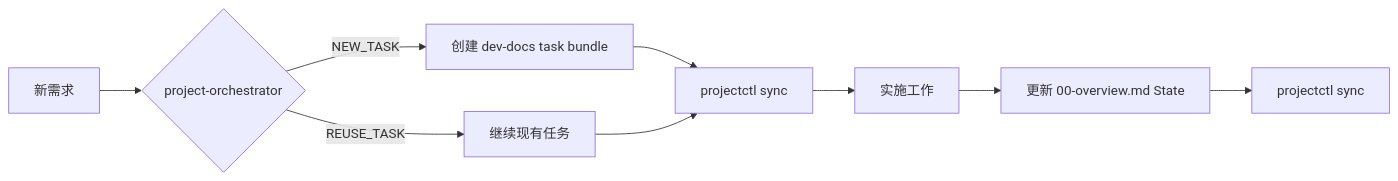
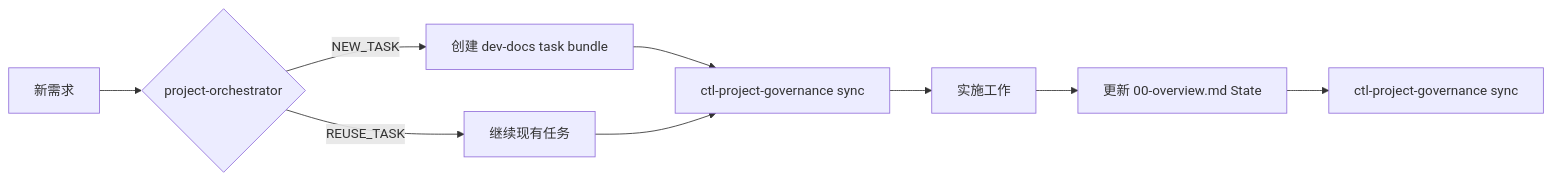
One commit to willyu1007/Skill_Template_Basic changed the diagram in project-status-governance/PROJECT-GOVERNANCE-SUMMARY.md. Above: the diagram before and after it, drawn with Mermaid. The commit also changed other lines of this file and 27 other files, not shown here.

````diff
--- a/project-status-governance/PROJECT-GOVERNANCE-SUMMARY.md
+++ b/project-status-governance/PROJECT-GOVERNANCE-SUMMARY.md
@@ -227,11 +227,11 @@
 ```mermaid
 graph LR
     A[新需求] --> B{project-orchestrator}
     B -->|NEW_TASK| C[创建 dev-docs task bundle]
     B -->|REUSE_TASK| D[继续现有任务]
-    C --> E[projectctl sync]
+    C --> E[ctl-project-governance sync]
     D --> E
     E --> F[实施工作]
     F --> G[更新 00-overview.md State]
-    G --> H[projectctl sync]
+    G --> H[ctl-project-governance sync]
 ```
````
